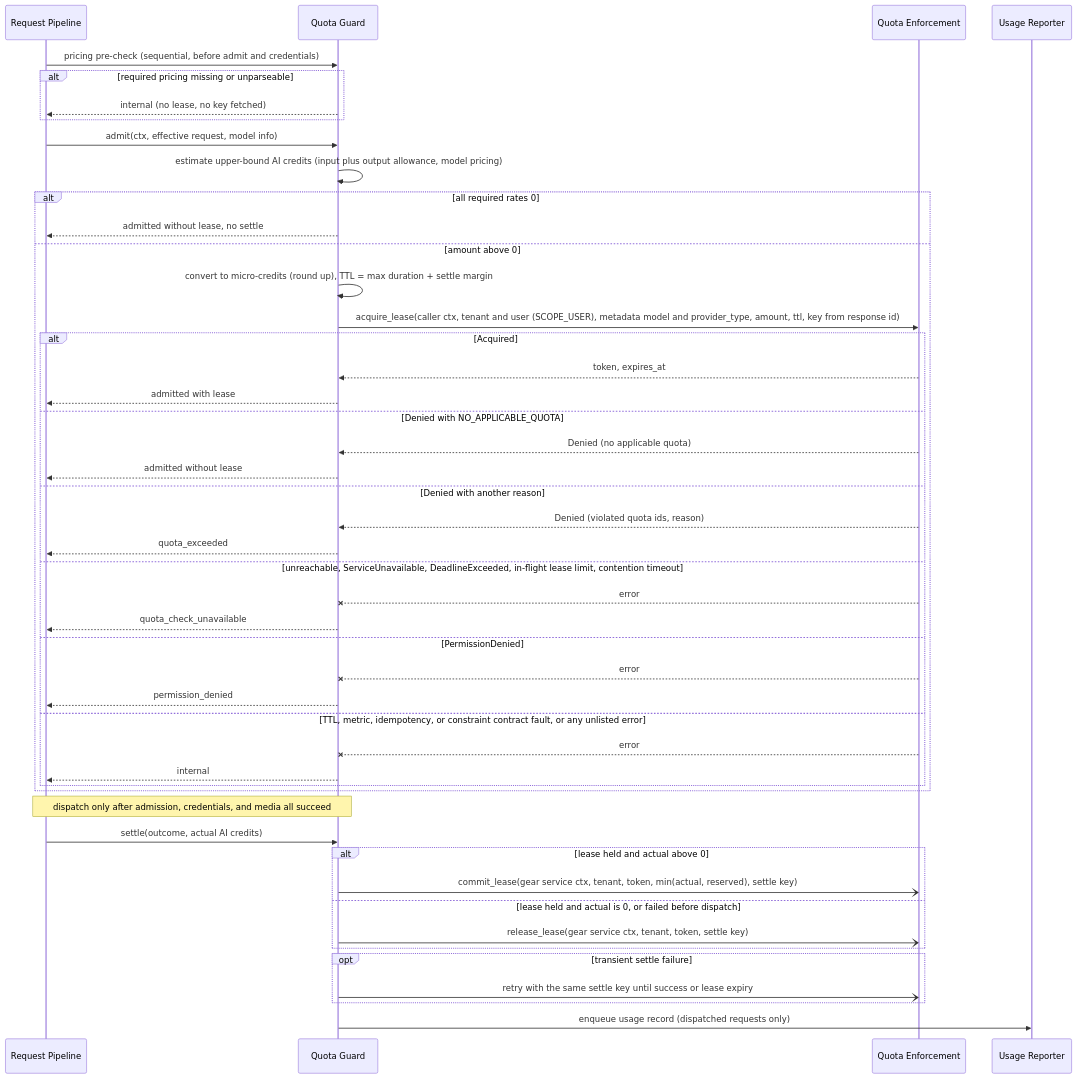
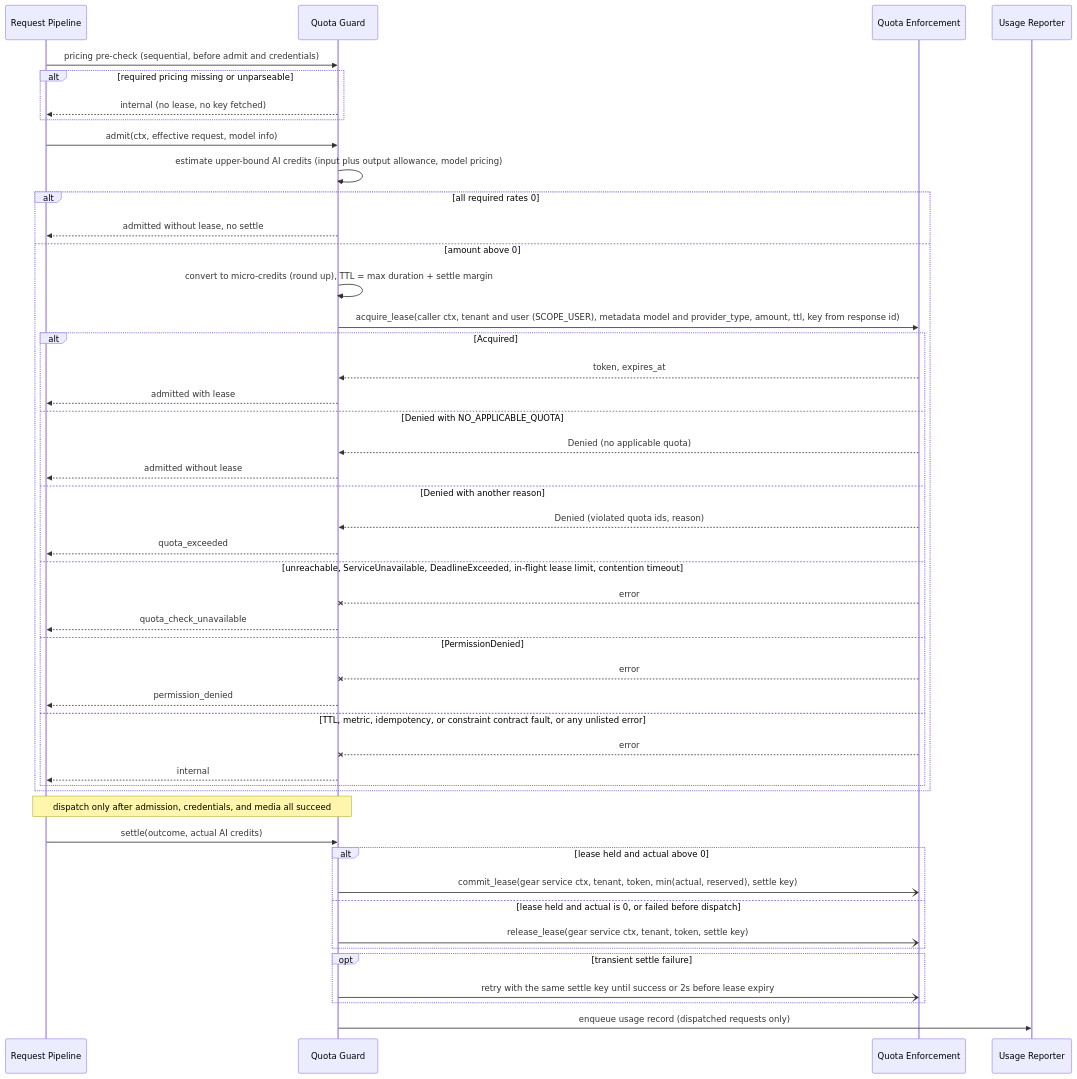
Diagram 12 of 15 in gears/llm-gateway/docs/DESIGN.md (constructorfabric/gears-rust), drawn with Mermaid before and after one commit. The commit also changed other lines of this file and 19 other files, not shown here.

````diff
--- a/gears/llm-gateway/docs/DESIGN.md
+++ b/gears/llm-gateway/docs/DESIGN.md
@@ -1140,49 +1142,49 @@
 ```mermaid
 sequenceDiagram
     participant P as Request Pipeline
     participant QG as Quota Guard
     participant QE as Quota Enforcement
     participant UR as Usage Reporter
     P->>QG: pricing pre-check (sequential, before admit and credentials)
     alt required pricing missing or unparseable
         QG-->>P: internal (no lease, no key fetched)
     end
     P->>QG: admit(ctx, effective request, model info)
     QG->>QG: estimate upper-bound AI credits (input plus output allowance, model pricing)
     alt all required rates 0
         QG-->>P: admitted without lease, no settle
     else amount above 0
         QG->>QG: convert to micro-credits (round up), TTL = max duration + settle margin
         QG->>QE: acquire_lease(caller ctx, tenant and user (SCOPE_USER), metadata model and provider_type, amount, ttl, key from response id)
         alt Acquired
             QE-->>QG: token, expires_at
             QG-->>P: admitted with lease
         else Denied with NO_APPLICABLE_QUOTA
             QE-->>QG: Denied (no applicable quota)
             QG-->>P: admitted without lease
         else Denied with another reason
             QE-->>QG: Denied (violated quota ids, reason)
             QG-->>P: quota_exceeded
         else unreachable, ServiceUnavailable, DeadlineExceeded, in-flight lease limit, contention timeout
             QE--xQG: error
             QG-->>P: quota_check_unavailable
         else PermissionDenied
             QE--xQG: error
             QG-->>P: permission_denied
         else TTL, metric, idempotency, or constraint contract fault, or any unlisted error
             QE--xQG: error
             QG-->>P: internal
         end
     end
     Note over P,QG: dispatch only after admission, credentials, and media all succeed
     P->>QG: settle(outcome, actual AI credits)
     alt lease held and actual above 0
         QG-)QE: commit_lease(gear service ctx, tenant, token, min(actual, reserved), settle key)
     else lease held and actual is 0, or failed before dispatch
         QG-)QE: release_lease(gear service ctx, tenant, token, settle key)
     end
     opt transient settle failure
-        QG-)QE: retry with the same settle key until success or lease expiry
+        QG-)QE: retry with the same settle key until success or 2s before lease expiry
     end
     QG->>UR: enqueue usage record (dispatched requests only)
 ```
````
